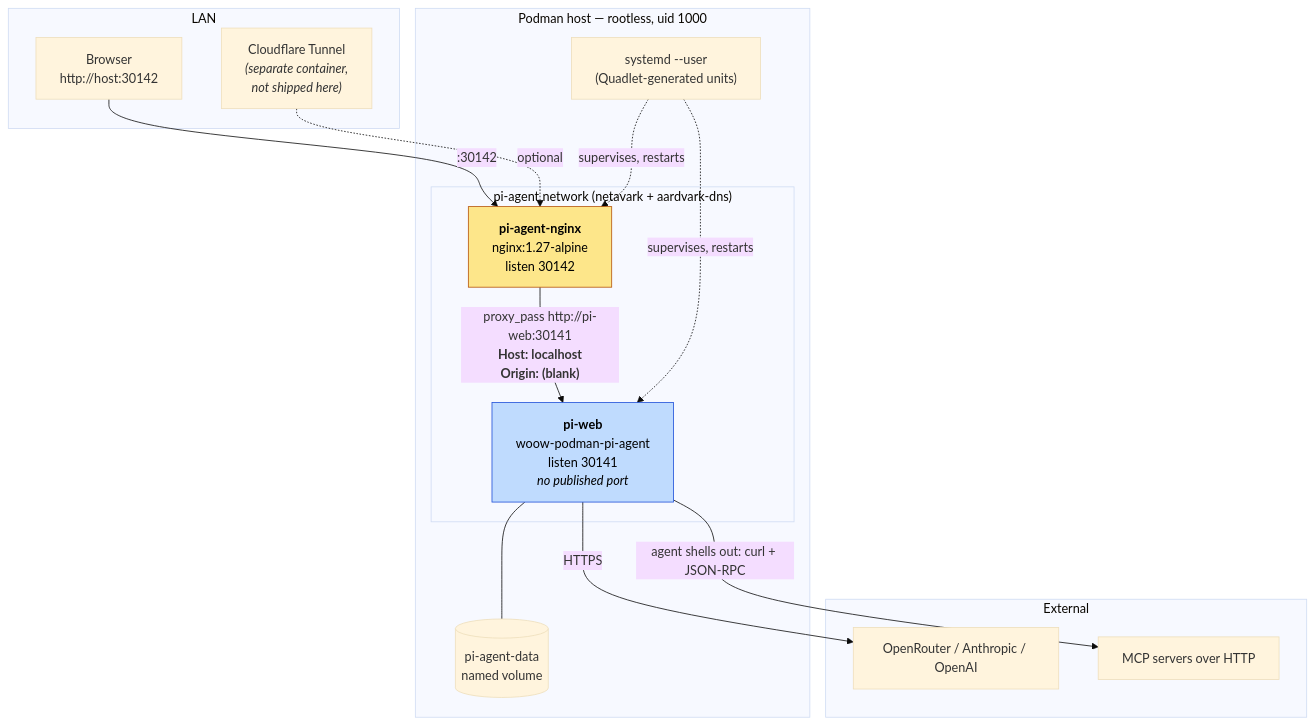
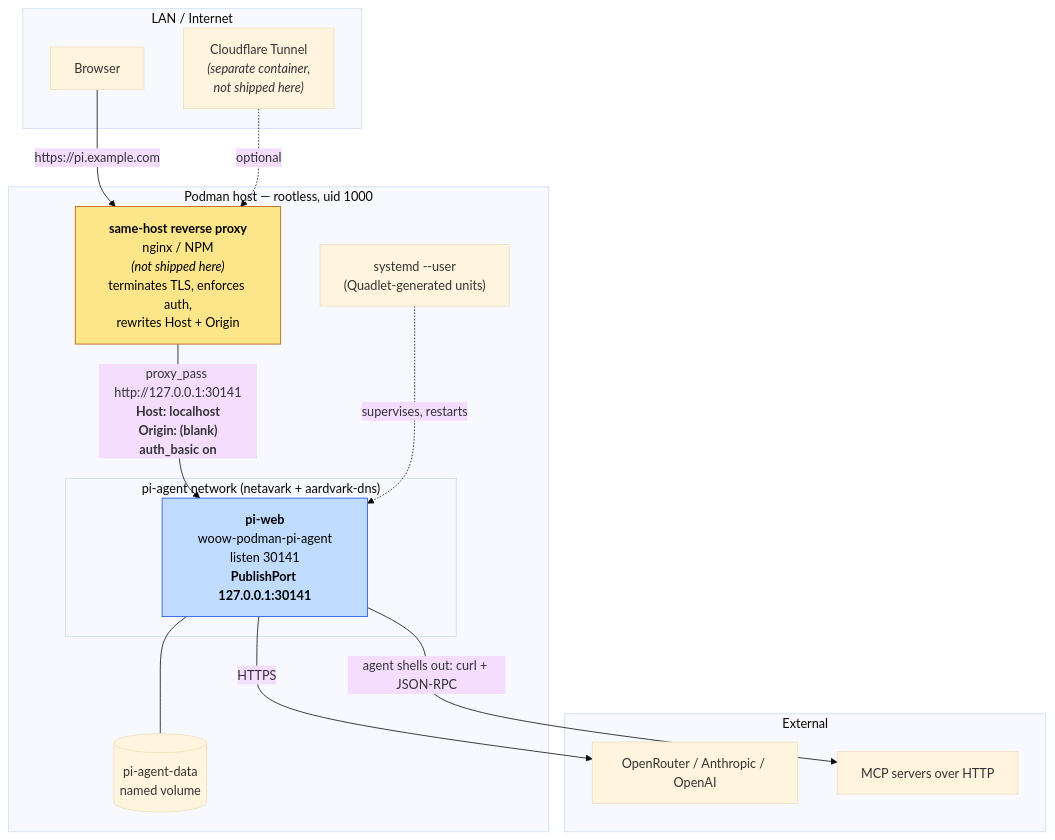
The first of 5 diagrams in docs/ARCHITECTURE.md (WOOWTECH/Woow_podman_pi_agent_package), drawn with Mermaid (base theme) before and after one commit. The commit also changed other lines of this file and 14 other files, not shown here.

````diff
--- a/docs/ARCHITECTURE.md
+++ b/docs/ARCHITECTURE.md
@@ -13,35 +16,35 @@
 ```mermaid
 graph TB
-    subgraph LAN["LAN"]
-        BROWSER["Browser<br/>http://host:30142"]
+    subgraph LAN["LAN / Internet"]
+        BROWSER["Browser"]
         TUNNEL["Cloudflare Tunnel<br/><i>(separate container,<br/>not shipped here)</i>"]
     end
 
     subgraph HOST["Podman host — rootless, uid 1000"]
+        PROXY["<b>same-host reverse proxy</b><br/>nginx / NPM<br/><i>(not shipped here)</i><br/>terminates TLS, enforces auth,<br/>rewrites Host + Origin"]
         subgraph NET["pi-agent network (netavark + aardvark-dns)"]
-            NGINX["<b>pi-agent-nginx</b><br/>nginx:1.27-alpine<br/>listen 30142"]
-            PIWEB["<b>pi-web</b><br/>woow-podman-pi-agent<br/>listen 30141<br/><i>no published port</i>"]
+            PIWEB["<b>pi-web</b><br/>woow-podman-pi-agent<br/>listen 30141<br/><b>PublishPort 127.0.0.1:30141</b>"]
         end
         VOL[("pi-agent-data<br/>named volume")]
         SD["systemd --user<br/>(Quadlet-generated units)"]
     end
 
     subgraph EXT["External"]
         OR["OpenRouter / Anthropic / OpenAI"]
         MCP["MCP servers over HTTP"]
     end
 
-    BROWSER -->|":30142"| NGINX
-    TUNNEL -.->|"optional"| NGINX
-    NGINX -->|"proxy_pass http://pi-web:30141<br/><b>Host: localhost</b><br/><b>Origin: (blank)</b>"| PIWEB
+    BROWSER -->|"https://pi.example.com"| PROXY
+    TUNNEL -.->|"optional"| PROXY
+    PROXY -->|"proxy_pass http://127.0.0.1:30141<br/><b>Host: localhost</b><br/><b>Origin: (blank)</b><br/><b>auth_basic on</b>"| PIWEB
     PIWEB --- VOL
     PIWEB -->|"HTTPS"| OR
     PIWEB -->|"agent shells out: curl + JSON-RPC"| MCP
-    SD -.->|"supervises, restarts"| NGINX
     SD -.->|"supervises, restarts"| PIWEB
 
     classDef pub fill:#fde68a,stroke:#b45309,color:#000
     classDef priv fill:#bfdbfe,stroke:#1d4ed8,color:#000
-    class NGINX pub
+    classDef ext fill:#e5e7eb,stroke:#6b7280,color:#000,stroke-dasharray:4
+    class PROXY pub
     class PIWEB priv
 ```
````
